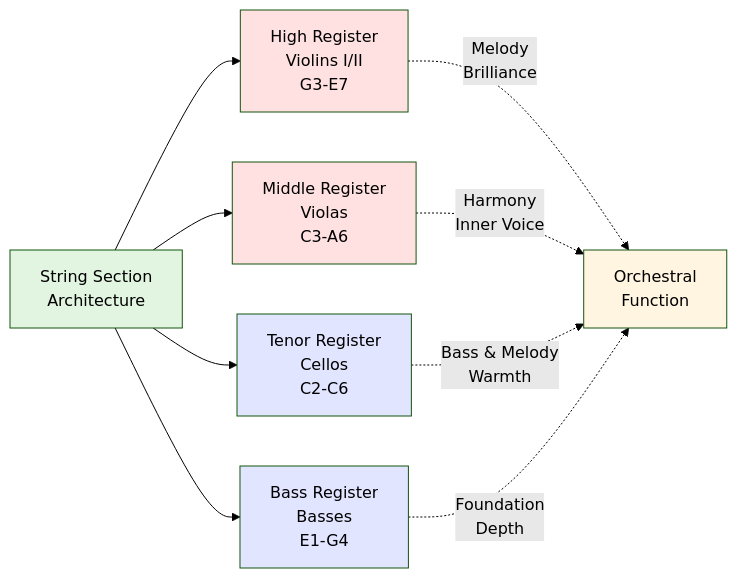
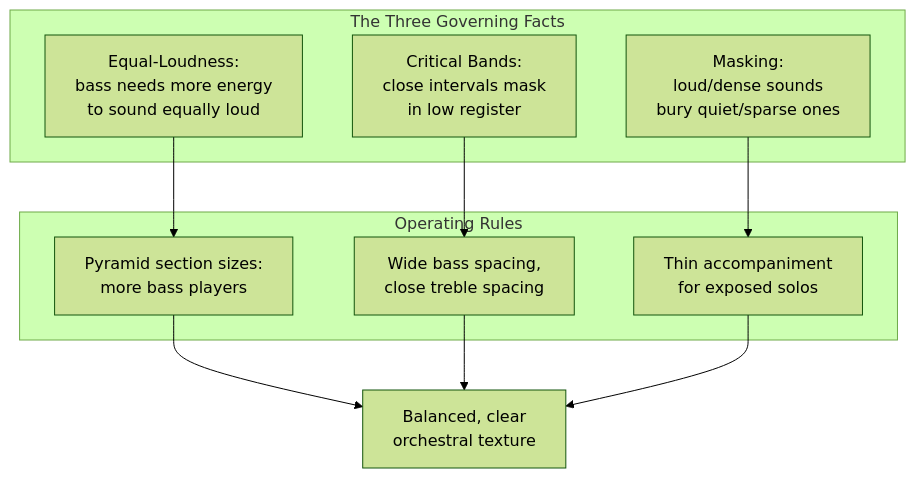
Before and after one commit to blebleblee/synapse: the first of 2 diagrams in topics/arts/composition/orchestration/lesson_01_orchestration_basics.md, drawn with Mermaid (forest theme). The commit also changed other lines of this file and 4 other files, not shown here.

````diff
--- a/topics/arts/composition/orchestration/lesson_01_orchestration_basics.md
+++ b/topics/arts/composition/orchestration/lesson_01_orchestration_basics.md
@@ -174,19 +19,19 @@
 ```mermaid
-graph LR
-    A["String Section<br/>Architecture"] --> B["High Register<br/>Violins I/II<br/>G3-E7"]
-    A --> C["Middle Register<br/>Violas<br/>C3-A6"]
-    A --> D["Tenor Register<br/>Cellos<br/>C2-C6"]
-    A --> E["Bass Register<br/>Basses<br/>E1-G4"]
-    
-    B -.->|"Melody<br/>Brilliance"| F["Orchestral<br/>Function"]
-    C -.->|"Harmony<br/>Inner Voice"| F
-    D -.->|"Bass & Melody<br/>Warmth"| F
-    E -.->|"Foundation<br/>Depth"| F
-    
-    style A fill:#e1f5e1
-    style B fill:#ffe1e1
-    style C fill:#ffe1e1
-    style D fill:#e1e5ff
-    style E fill:#e1e5ff
-    style F fill:#fff5e1
+graph TB
+    subgraph sub_physics ["The Three Governing Facts"]
+        A["Equal-Loudness:<br/>bass needs more energy<br/>to sound equally loud"]
+        B["Critical Bands:<br/>close intervals mask<br/>in low register"]
+        C["Masking:<br/>loud/dense sounds<br/>bury quiet/sparse ones"]
+    end
+    subgraph sub_rules ["Operating Rules"]
+        D["Pyramid section sizes:<br/>more bass players"]
+        E["Wide bass spacing,<br/>close treble spacing"]
+        F["Thin accompaniment<br/>for exposed solos"]
+    end
+    A --> D
+    B --> E
+    C --> F
+    D --> G["Balanced, clear<br/>orchestral texture"]
+    E --> G
+    F --> G
 ```
````
